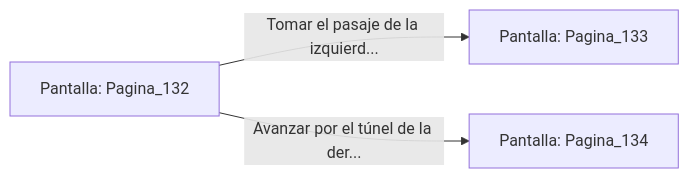
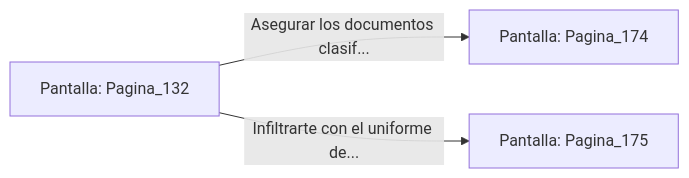
One commit to metsuke/mpl changed the diagram in sample/eligejuego-vault/Pantalla_Pagina_132.md. Above: the diagram before and after it, drawn with Mermaid. The commit also changed other lines of this file and 635 other files, not shown here.

First line of the commit message:
fix: añadir Pagina_1 como pantalla inicial en capitulo_01.mpl

````diff
--- a/sample/eligejuego-vault/Pantalla_Pagina_132.md
+++ b/sample/eligejuego-vault/Pantalla_Pagina_132.md
@@ -20,6 +22,6 @@
 ```mermaid
 graph LR
     P_Pagina_132["Pantalla: Pagina_132"]
-    P_Pagina_132 -->|"Tomar el pasaje de la izquierd..."| P_Pagina_133["Pantalla: Pagina_133"]
-    P_Pagina_132 -->|"Avanzar por el túnel de la der..."| P_Pagina_134["Pantalla: Pagina_134"]
+    P_Pagina_132 -->|"Asegurar los documentos clasif..."| P_Pagina_174["Pantalla: Pagina_174"]
+    P_Pagina_132 -->|"Infiltrarte con el uniforme de..."| P_Pagina_175["Pantalla: Pagina_175"]
 ```
````
